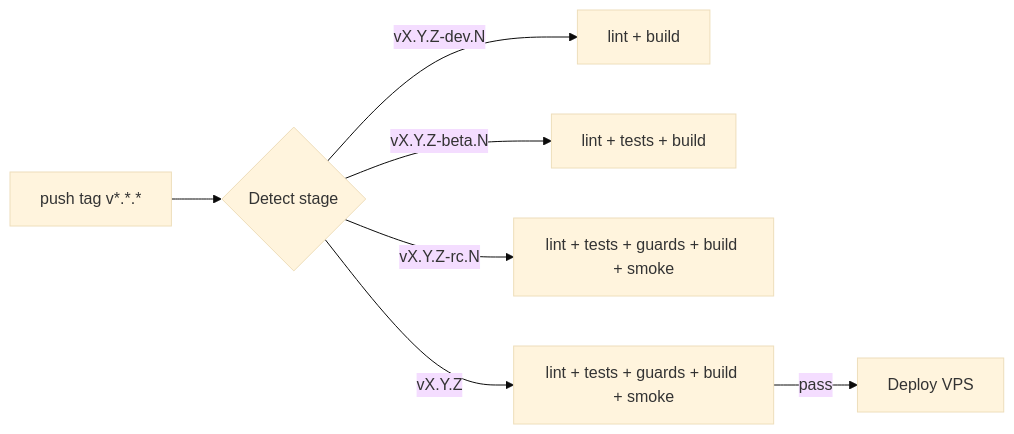
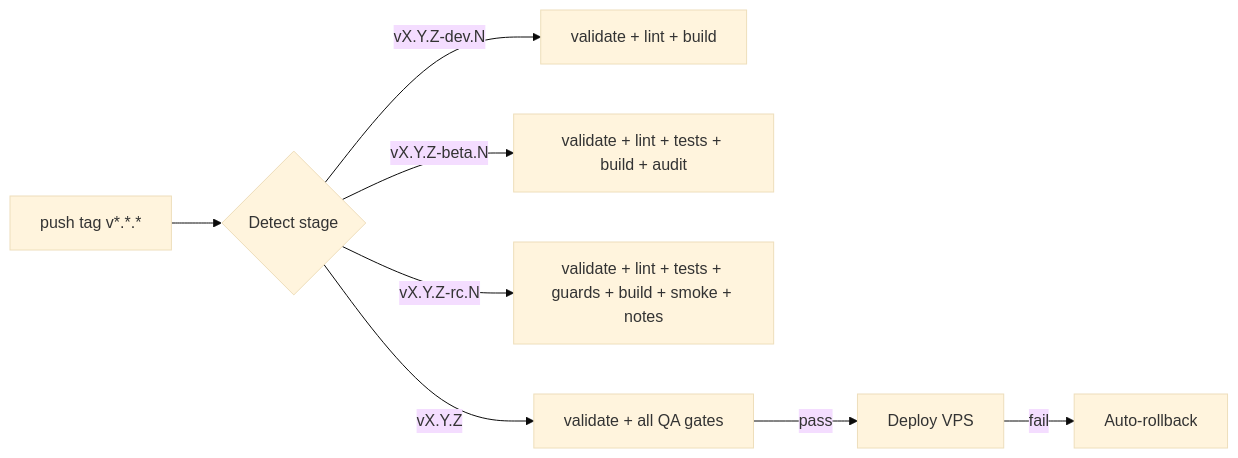
One commit to reasvyn/internara changed the diagram in docs/guides/infra/ci-cd.md. Above: the diagram before and after it, drawn with Mermaid (base theme). The commit also changed other lines of this file and 43 other files, not shown here.

````diff
--- a/docs/guides/infra/ci-cd.md
+++ b/docs/guides/infra/ci-cd.md
@@ -16,9 +17,10 @@
 ```mermaid
 flowchart LR
     T[push tag v*.*.*] --> D{Detect stage}
-    D -->|vX.Y.Z-dev.N| DEV[lint + build]
-    D -->|vX.Y.Z-beta.N| TEST[lint + tests + build]
-    D -->|vX.Y.Z-rc.N| RC[lint + tests + guards + build + smoke]
-    D -->|vX.Y.Z| PROD[lint + tests + guards + build + smoke]
+    D -->|vX.Y.Z-dev.N| VALIDATE[validate + lint + build]
+    D -->|vX.Y.Z-beta.N| TEST[validate + lint + tests + build + audit]
+    D -->|vX.Y.Z-rc.N| RC[validate + lint + tests + guards + build + smoke + notes]
+    D -->|vX.Y.Z| PROD[validate + all QA gates]
     PROD -->|pass| DEP[Deploy VPS]
+    DEP -->|fail| ROLL[Auto-rollback]
 ```
````
